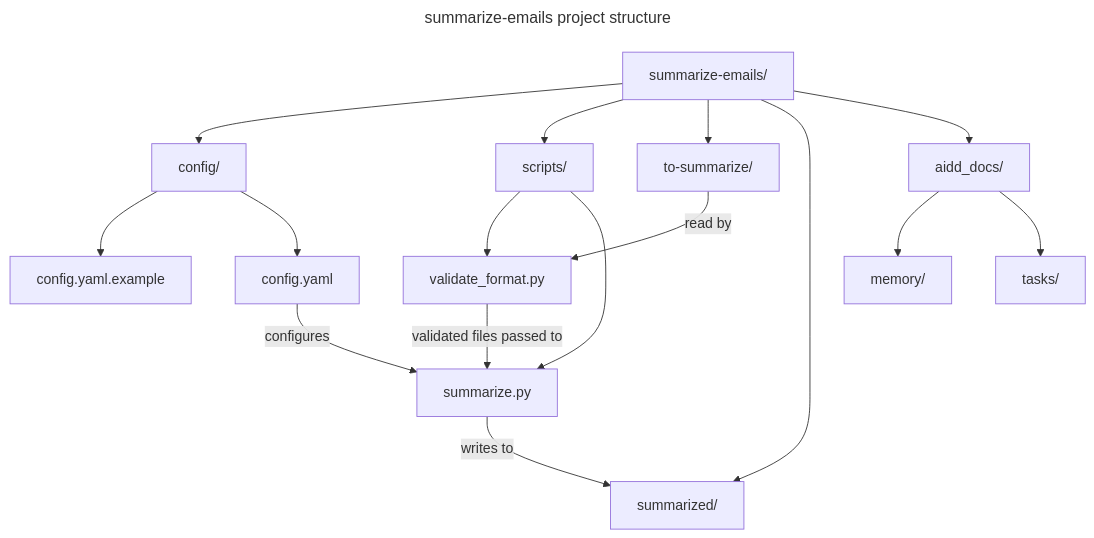
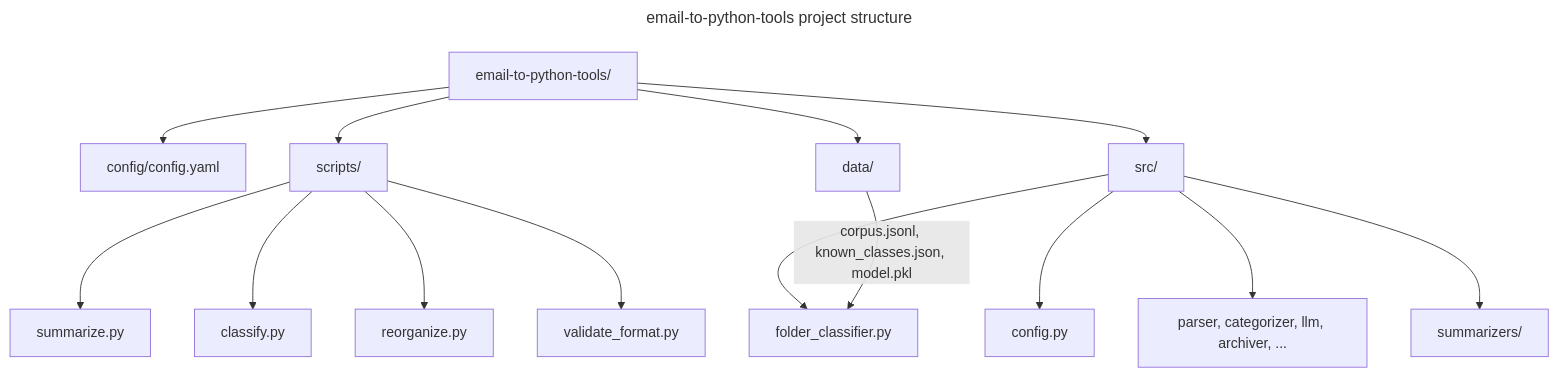
Before and after one commit to RebelliousSmile/email-to-markdown-tools: the diagram in aidd_docs/memory/codebase_map.md, drawn with Mermaid. The commit also changed other lines of this file and 5 other files, not shown here.

Commit message:
docs: update memory, ADR and README after classifier feature

````diff
--- a/aidd_docs/memory/codebase_map.md
+++ b/aidd_docs/memory/codebase_map.md
@@ -9,34 +9,33 @@
 ```mermaid
 ---
-title: summarize-emails project structure
+title: email-to-python-tools project structure
 ---
 flowchart TD
-  Root["summarize-emails/"]
-  Config["config/"]
-  ConfigExample["config.yaml.example"]
-  ConfigFile["config.yaml"]
+  Root["email-to-python-tools/"]
+  Config["config/config.yaml"]
   Scripts["scripts/"]
+  Src["src/"]
+  Data["data/"]
+  SummarizeScript["summarize.py"]
+  ClassifyScript["classify.py"]
+  ReorganizeScript["reorganize.py"]
   ValidateScript["validate_format.py"]
-  SummarizeScript["summarize.py"]
-  InputDir["to-summarize/"]
-  OutputDir["summarized/"]
-  AiddDocs["aidd_docs/"]
-  Memory["memory/"]
-  Tasks["tasks/"]
+  FolderClassifier["folder_classifier.py"]
+  ConfigMod["config.py"]
+  CoreModules["parser, categorizer, llm, archiver, ..."]
+  Summarizers["summarizers/"]
 
   Root --> Config
   Root --> Scripts
-  Root --> InputDir
-  Root --> OutputDir
-  Root --> AiddDocs
-  Config --> ConfigExample
-  Config --> ConfigFile
+  Root --> Src
+  Root --> Data
+  Scripts --> SummarizeScript
+  Scripts --> ClassifyScript
+  Scripts --> ReorganizeScript
   Scripts --> ValidateScript
-  Scripts --> SummarizeScript
-  AiddDocs --> Memory
-  AiddDocs --> Tasks
-  InputDir -->|"read by"| ValidateScript
-  ValidateScript -->|"validated files passed to"| SummarizeScript
-  ConfigFile -->|"configures"| SummarizeScript
-  SummarizeScript -->|"writes to"| OutputDir
+  Src --> FolderClassifier
+  Src --> ConfigMod
+  Src --> CoreModules
+  Src --> Summarizers
+  Data -->|"corpus.jsonl, known_classes.json, model.pkl"| FolderClassifier
 ```
````
